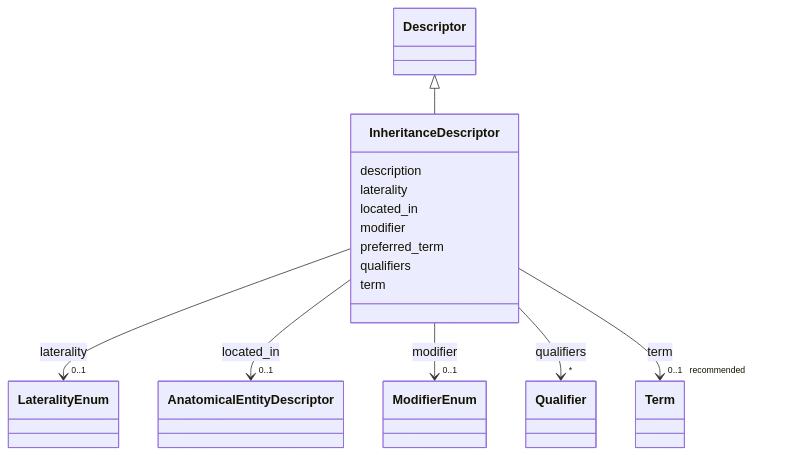
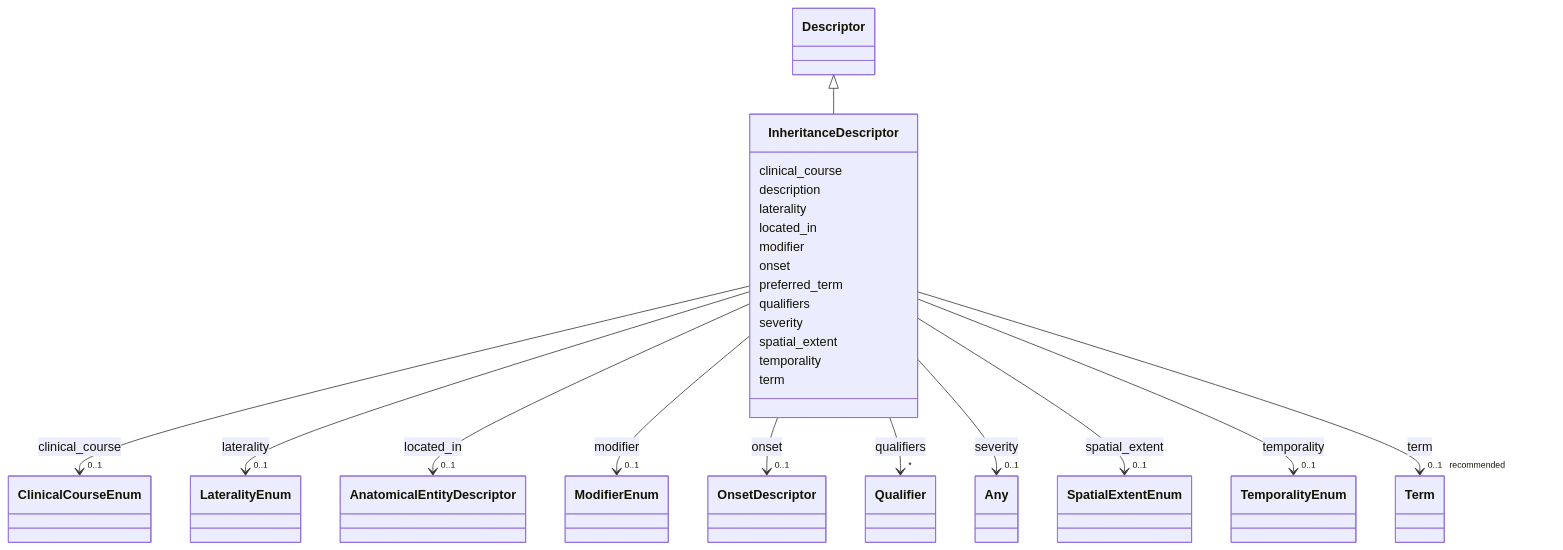
One commit to monarch-initiative/dismech changed the diagram in docs/schema/classes/InheritanceDescriptor.md. Above: the diagram before and after it, drawn with Mermaid. The commit also changed other lines of this file and 1343 other files, not shown here.

First line of the commit message:
docs: regenerate schema docs and point design-decisions link at rendered page

```diff
--- a/docs/schema/classes/InheritanceDescriptor.md
+++ b/docs/schema/classes/InheritanceDescriptor.md
@@ -22,6 +22,17 @@
       Descriptor <|-- InheritanceDescriptor
         click Descriptor href "../../classes/Descriptor/"
       
+      InheritanceDescriptor : clinical_course
+        
+          
+    
+        
+        
+        InheritanceDescriptor --> "0..1" ClinicalCourseEnum : clinical_course
+        click ClinicalCourseEnum href "../../enums/ClinicalCourseEnum/"
+    
+
+        
       InheritanceDescriptor : description
         
       InheritanceDescriptor : laterality
@@ -57,6 +68,17 @@
     
 
         
+      InheritanceDescriptor : onset
+        
+          
+    
+        
+        
+        InheritanceDescriptor --> "0..1" OnsetDescriptor : onset
+        click OnsetDescriptor href "../../classes/OnsetDescriptor/"
+    
+
+        
       InheritanceDescriptor : preferred_term
         
       InheritanceDescriptor : qualifiers
@@ -67,6 +89,39 @@
         
         InheritanceDescriptor --> "*" Qualifier : qualifiers
         click Qualifier href "../../classes/Qualifier/"
+    
+
+        
+      InheritanceDescriptor : severity
+        
+          
+    
+        
+        
+        InheritanceDescriptor --> "0..1" Any : severity
+        click Any href "../../classes/Any/"
+    
+
+        
+      InheritanceDescriptor : spatial_extent
+        
+          
+    
+        
+        
+        InheritanceDescriptor --> "0..1" SpatialExtentEnum : spatial_extent
+        click SpatialExtentEnum href "../../enums/SpatialExtentEnum/"
+    
+
+        
+      InheritanceDescriptor : temporality
+        
+          
+    
+        
+        
+        InheritanceDescriptor --> "0..1" TemporalityEnum : temporality
+        click TemporalityEnum href "../../enums/TemporalityEnum/"
     
 
         
```
